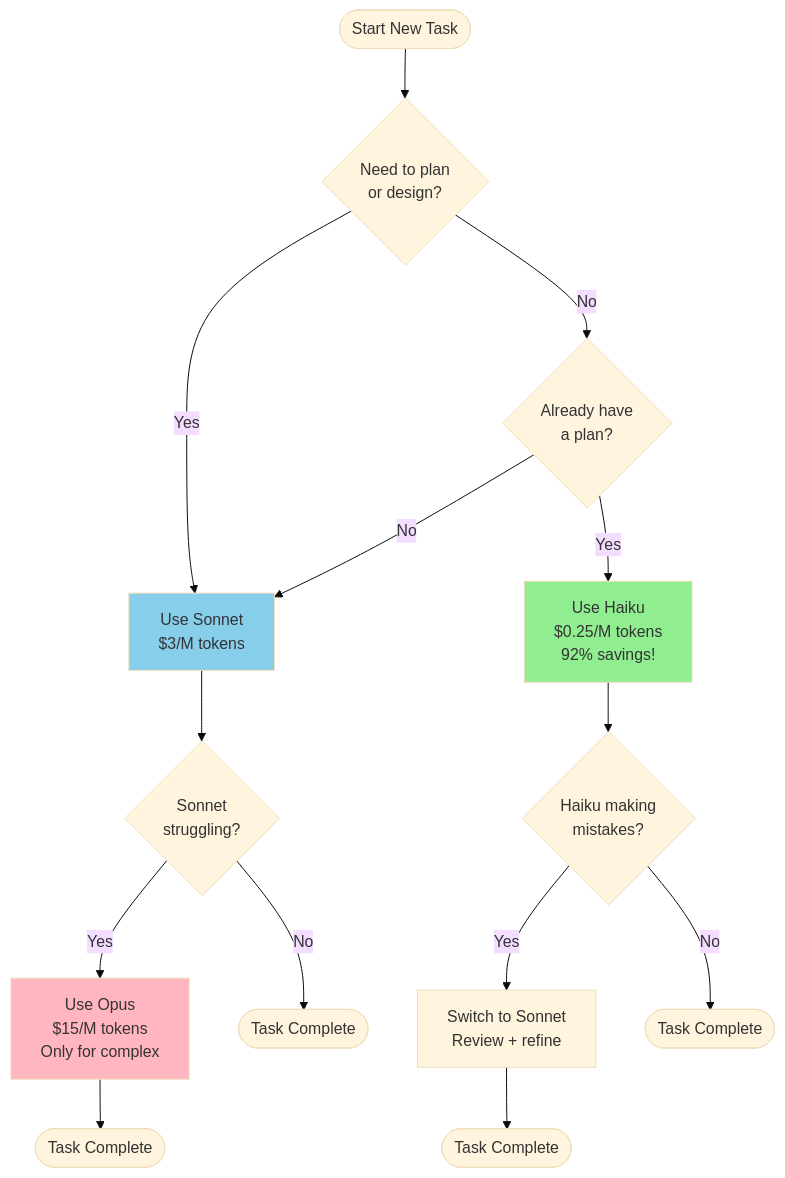
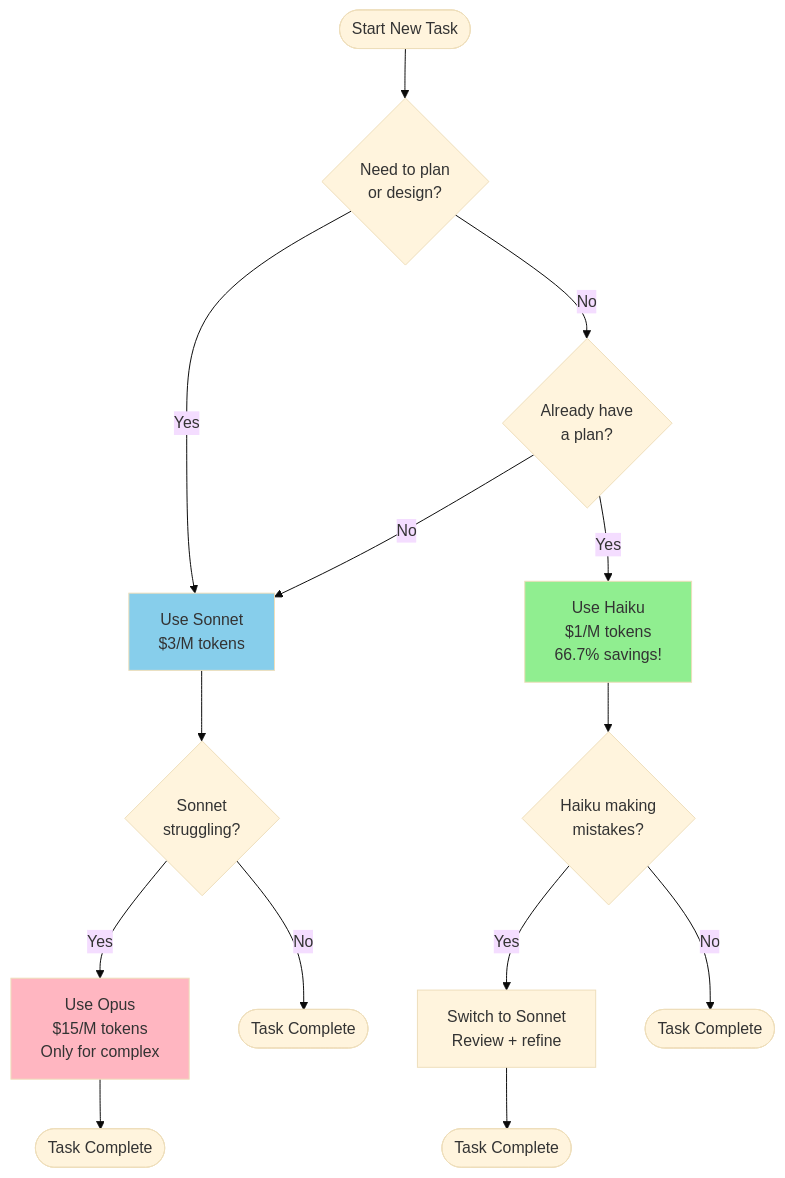
One commit to christianearle01/claude-config-template changed the second of 5 diagrams in docs/00-start-here/06_visual-guides.md. Above: the diagram before and after it, drawn with Mermaid (base theme). The commit also changed other lines of this file and 22 other files, not shown here.

````diff
--- a/docs/00-start-here/06_visual-guides.md
+++ b/docs/00-start-here/06_visual-guides.md
@@ -66,26 +66,26 @@
 ```mermaid
 flowchart TD
     Start([Start New Task])
     Start --> Q1{Need to plan<br/>or design?}
 
     Q1 -->|Yes| Sonnet["Use Sonnet<br/>$3/M tokens"]
     Q1 -->|No| Q2{Already have<br/>a plan?}
 
-    Q2 -->|Yes| Haiku["Use Haiku<br/>$0.25/M tokens<br/>92% savings!"]
+    Q2 -->|Yes| Haiku["Use Haiku<br/>$1/M tokens<br/>66.7% savings!"]
     Q2 -->|No| Sonnet
 
     Sonnet --> Q3{Sonnet<br/>struggling?}
     Q3 -->|Yes| Opus["Use Opus<br/>$15/M tokens<br/>Only for complex"]
     Q3 -->|No| Done1([Task Complete])
 
     Haiku --> Q4{Haiku making<br/>mistakes?}
     Q4 -->|Yes| Sonnet2["Switch to Sonnet<br/>Review + refine"]
     Q4 -->|No| Done2([Task Complete])
 
     Opus --> Done3([Task Complete])
     Sonnet2 --> Done4([Task Complete])
 
     style Haiku fill:#90EE90
     style Sonnet fill:#87CEEB
     style Opus fill:#FFB6C1
 ```
````
